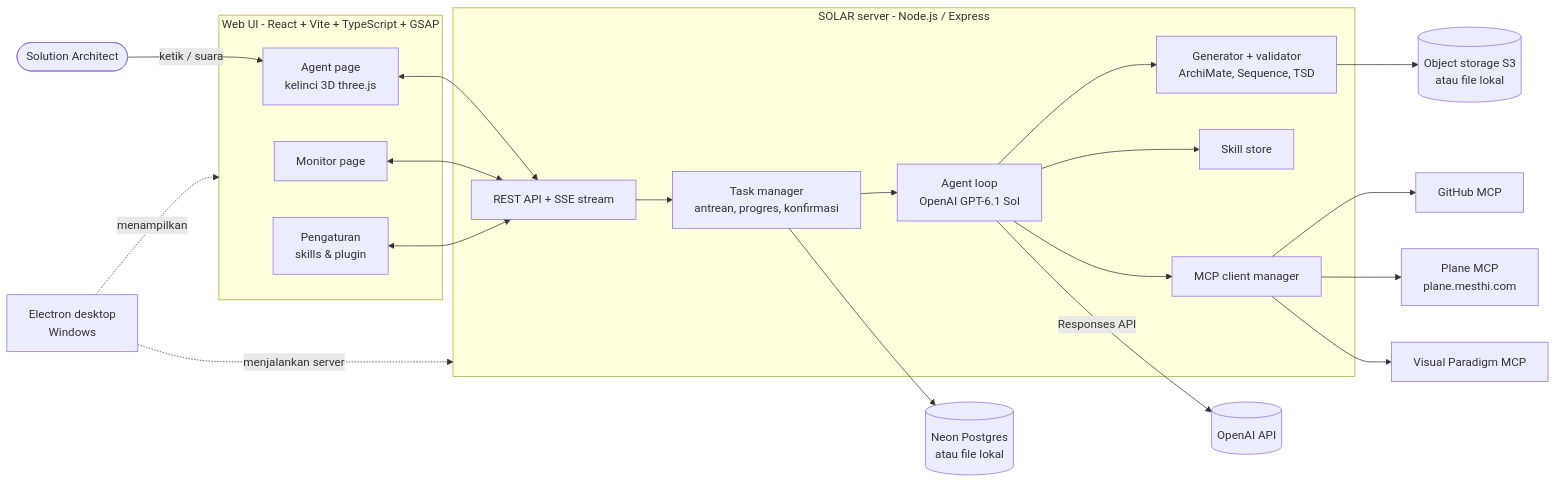
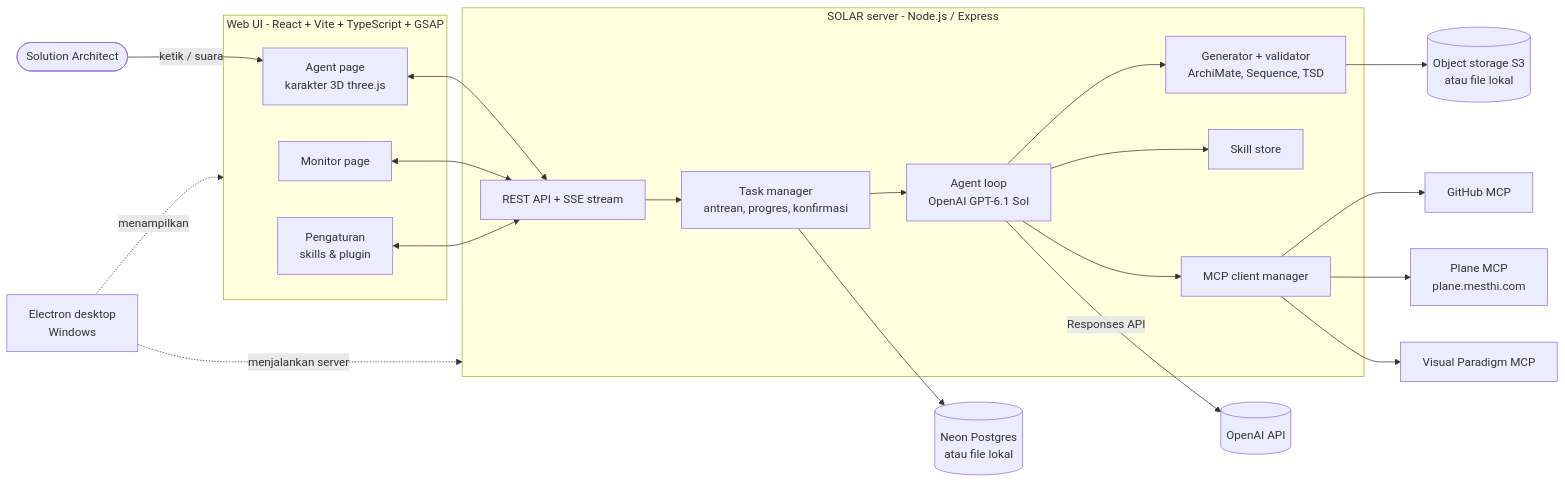
Before and after one commit to arumora-id/solar: the diagram in README.md, drawn with Mermaid. The commit also changed other lines of this file and 35 other files, not shown here.

````diff
--- a/README.md
+++ b/README.md
@@ -68,32 +69,32 @@
 ```mermaid
 flowchart LR
     U([Solution Architect]) -- ketik / suara --> UI
     subgraph Client["Web UI - React + Vite + TypeScript + GSAP"]
-        UI[Agent page<br/>kelinci 3D three.js]
+        UI[Agent page<br/>karakter 3D three.js]
         MON[Monitor page]
         SET[Pengaturan<br/>skills & plugin]
     end
     subgraph Server["SOLAR server - Node.js / Express"]
         API[REST API + SSE stream]
         TM[Task manager<br/>antrean, progres, konfirmasi]
         AG[Agent loop<br/>OpenAI GPT-6.1 Sol]
         GEN[Generator + validator<br/>ArchiMate, Sequence, TSD]
         SK[Skill store]
         MCP[MCP client manager]
     end
     UI <--> API
     MON <--> API
     SET <--> API
     API --> TM --> AG
     AG --> GEN
     AG --> SK
     AG --> MCP
     AG -- Responses API --> OPENAI[(OpenAI API)]
     MCP --> GH[GitHub MCP]
     MCP --> PL[Plane MCP<br/>plane.mesthi.com]
     MCP --> VP[Visual Paradigm MCP]
     TM --> DB[(Neon Postgres<br/>atau file lokal)]
     GEN --> OBJ[(Object storage S3<br/>atau file lokal)]
     DESK[Electron desktop<br/>Windows] -. menjalankan server .-> Server
     DESK -. menampilkan .-> Client
 ```
````
